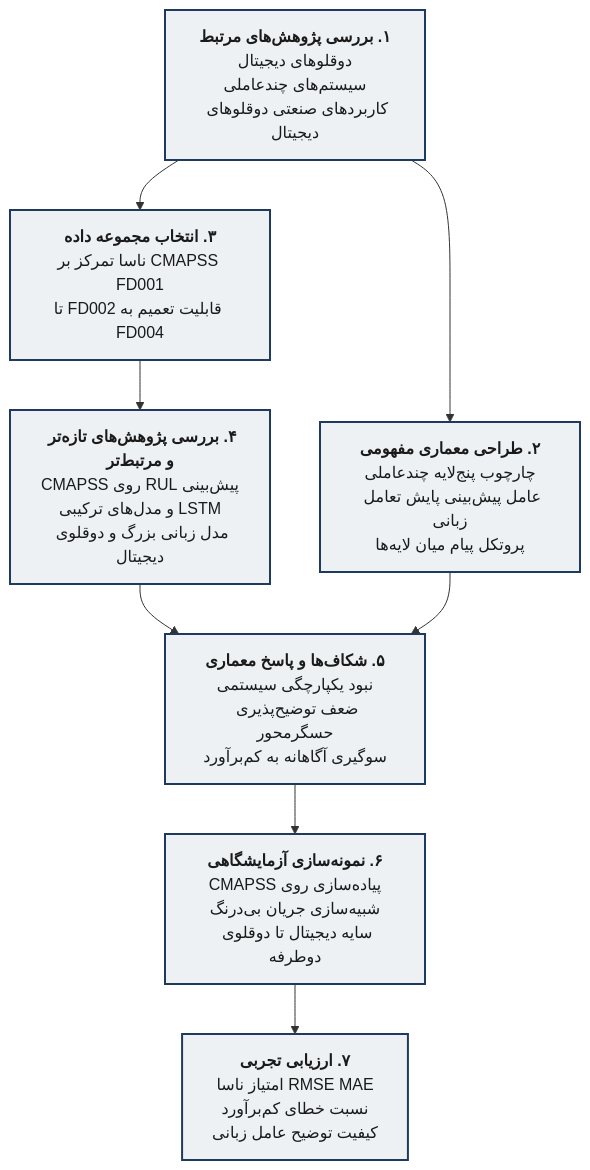
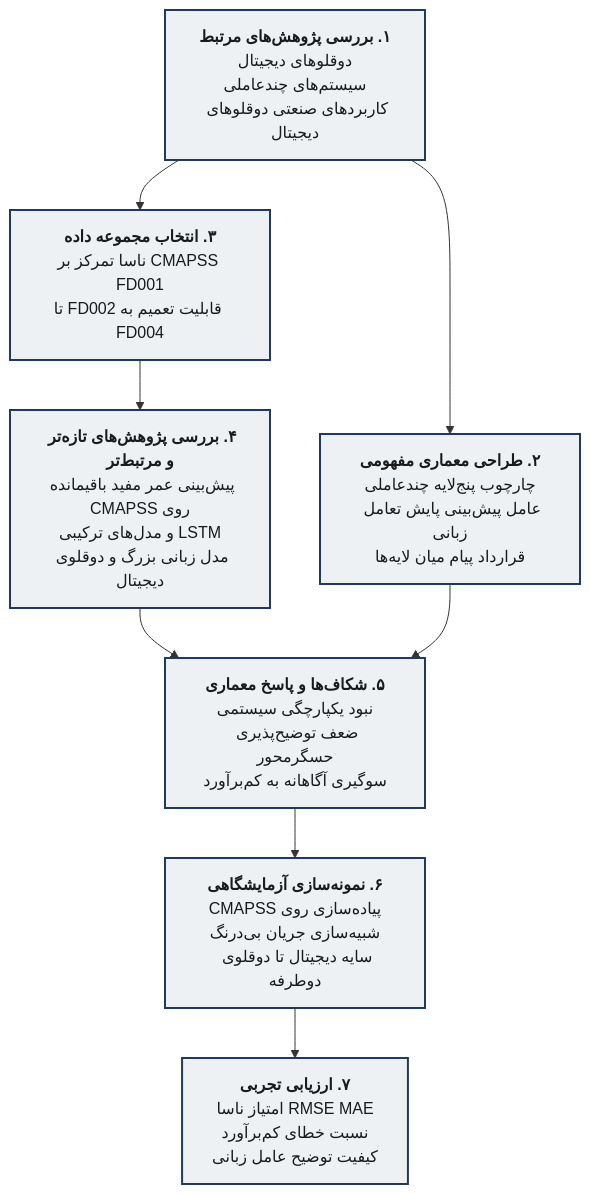
Before and after one commit to navidnasyry/MasterAsCode: the first of 2 diagrams in Writing/Theses/IUT_Theses/images/method_flow.md, drawn with Mermaid. The commit also changed 46 other files, not shown here.

````diff
--- a/Writing/Theses/IUT_Theses/images/method_flow.md
+++ b/Writing/Theses/IUT_Theses/images/method_flow.md
@@ -9,21 +9,21 @@
 ```mermaid
 flowchart TB
   n1["<span dir=rtl><b>۱. بررسی پژوهش‌های مرتبط</b><br>دوقلوهای دیجیتال<br>سیستم‌های چندعاملی<br>کاربردهای صنعتی دوقلوهای دیجیتال</span>"]
   n2["<span dir=rtl><b>۳. انتخاب مجموعه داده</b><br>CMAPSS ناسا تمرکز بر FD001<br>قابلیت تعمیم به FD002 تا FD004</span>"]
-  n3["<span dir=rtl><b>۴. بررسی پژوهش‌های تازه‌تر و مرتبط‌تر</b><br>پیش‌بینی RUL روی CMAPSS<br>LSTM و مدل‌های ترکیبی<br>مدل زبانی بزرگ و دوقلوی دیجیتال</span>"]
-  n4["<span dir=rtl><b>۲. طراحی معماری مفهومی</b><br>چارچوب پنج‌لایه چندعاملی<br>عامل پیش‌بینی پایش تعامل زبانی<br>پروتکل پیام میان لایه‌ها</span>"]
+  n3["<span dir=rtl><b>۴. بررسی پژوهش‌های تازه‌تر و مرتبط‌تر</b><br>پیش‌بینی عمر مفید باقیمانده روی CMAPSS<br>LSTM و مدل‌های ترکیبی<br>مدل زبانی بزرگ و دوقلوی دیجیتال</span>"]
+  n4["<span dir=rtl><b>۲. طراحی معماری مفهومی</b><br>چارچوب پنج‌لایه چندعاملی<br>عامل پیش‌بینی پایش تعامل زبانی<br>قرارداد پیام میان لایه‌ها</span>"]
   n5["<span dir=rtl><b>۵. شکاف‌ها و پاسخ معماری</b><br>نبود یکپارچگی سیستمی<br>ضعف توضیح‌پذیری حسگرمحور<br>سوگیری آگاهانه به کم‌برآورد</span>"]
   n6["<span dir=rtl><b>۶. نمونه‌سازی آزمایشگاهی</b><br>پیاده‌سازی روی CMAPSS<br>شبیه‌سازی جریان بی‌درنگ<br>سایه دیجیتال تا دوقلوی دوطرفه</span>"]
   n7["<span dir=rtl><b>۷. ارزیابی تجربی</b><br>RMSE MAE امتیاز ناسا<br>نسبت خطای کم‌برآورد<br>کیفیت توضیح عامل زبانی</span>"]
 
   n1 --> n2
   n1 --> n4
   n2 --> n3
   n3 --> n5
   n4 --> n5
   n5 --> n6
   n6 --> n7
 
   classDef thesis fill:#eef1f4,stroke:#1f3a5f,stroke-width:2px,color:#1a1a1a
   class n1,n2,n3,n4,n5,n6,n7 thesis
 ```
````
